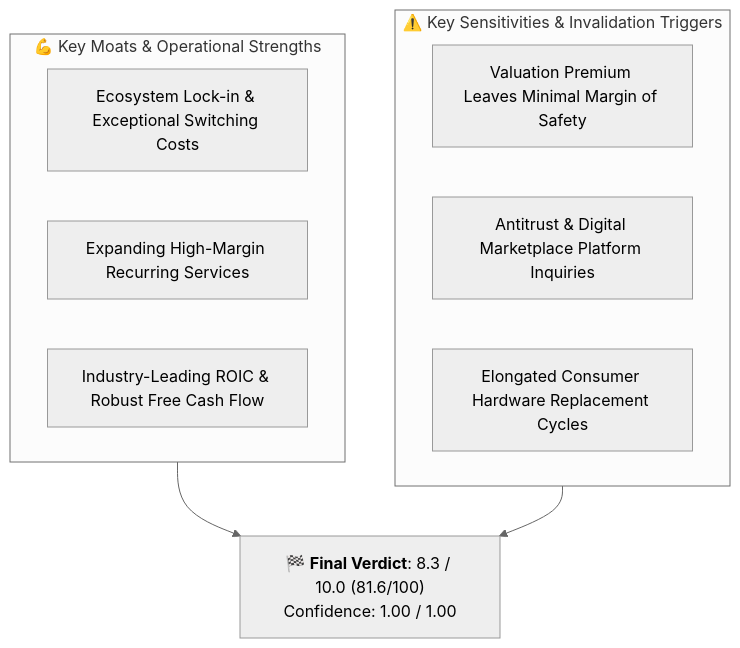
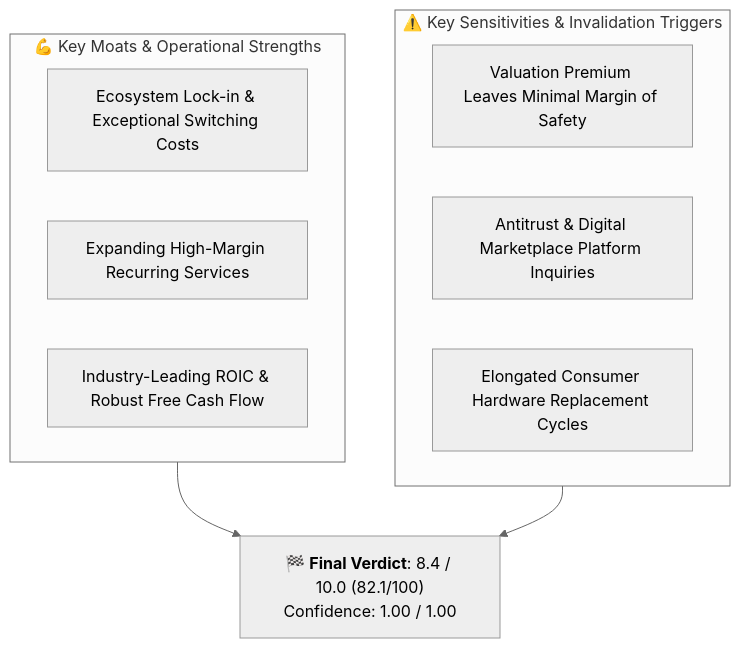
Before and after one commit to drmohammadzadeh/StockMarketAnalyzer: the second of 2 diagrams in research/AAPL/README.md, drawn with Mermaid (neutral theme). The commit also changed other lines of this file and 17 other files, not shown here.

Commit message:
feat(charts): integrate GuruFocus radar score chart and TradingView technical speedometer gauges into AAPL research reports

````diff
--- a/research/AAPL/README.md
+++ b/research/AAPL/README.md
@@ -56,15 +68,15 @@
 ```mermaid
 flowchart TD
     subgraph Strengths["💪 Key Moats & Operational Strengths"]
         S1["Ecosystem Lock-in & Exceptional Switching Costs"]
         S2["Expanding High-Margin Recurring Services"]
         S3["Industry-Leading ROIC & Robust Free Cash Flow"]
     end
     subgraph Risks["⚠️ Key Sensitivities & Invalidation Triggers"]
         R1["Valuation Premium Leaves Minimal Margin of Safety"]
         R2["Antitrust & Digital Marketplace Platform Inquiries"]
         R3["Elongated Consumer Hardware Replacement Cycles"]
     end
-    Strengths --> Summary["🏁 <b>Final Verdict</b>: 8.3 / 10.0 (81.6/100)<br/>Confidence: 1.00 / 1.00"]
+    Strengths --> Summary["🏁 <b>Final Verdict</b>: 8.4 / 10.0 (82.1/100)<br/>Confidence: 1.00 / 1.00"]
     Risks --> Summary
 ```
````
